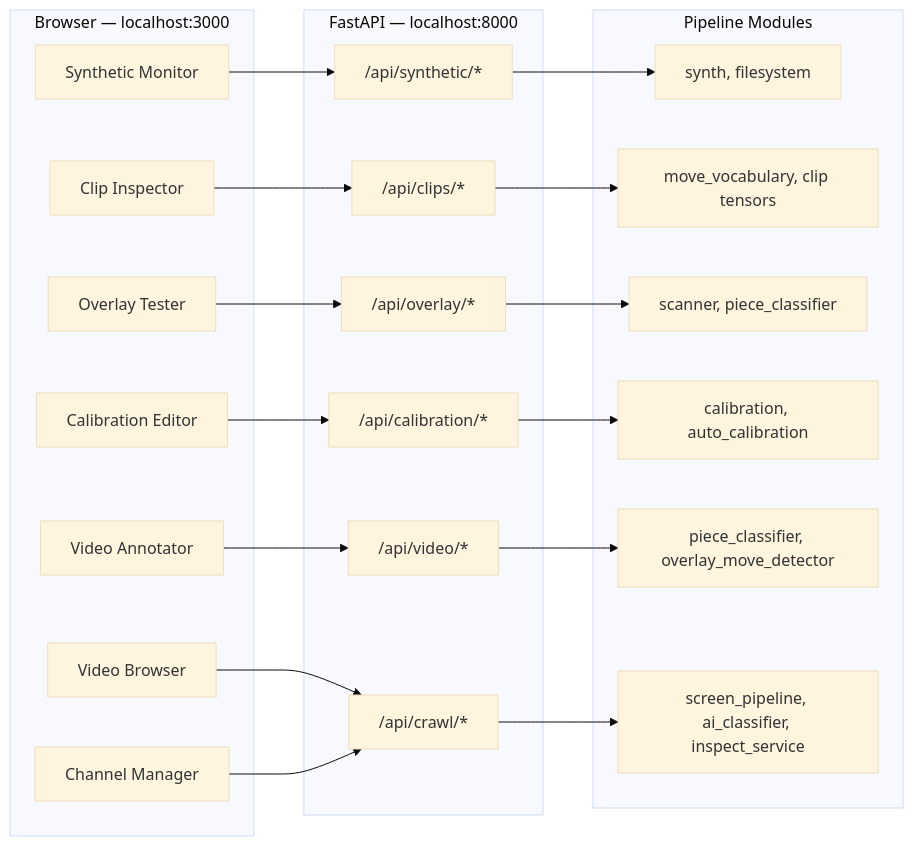
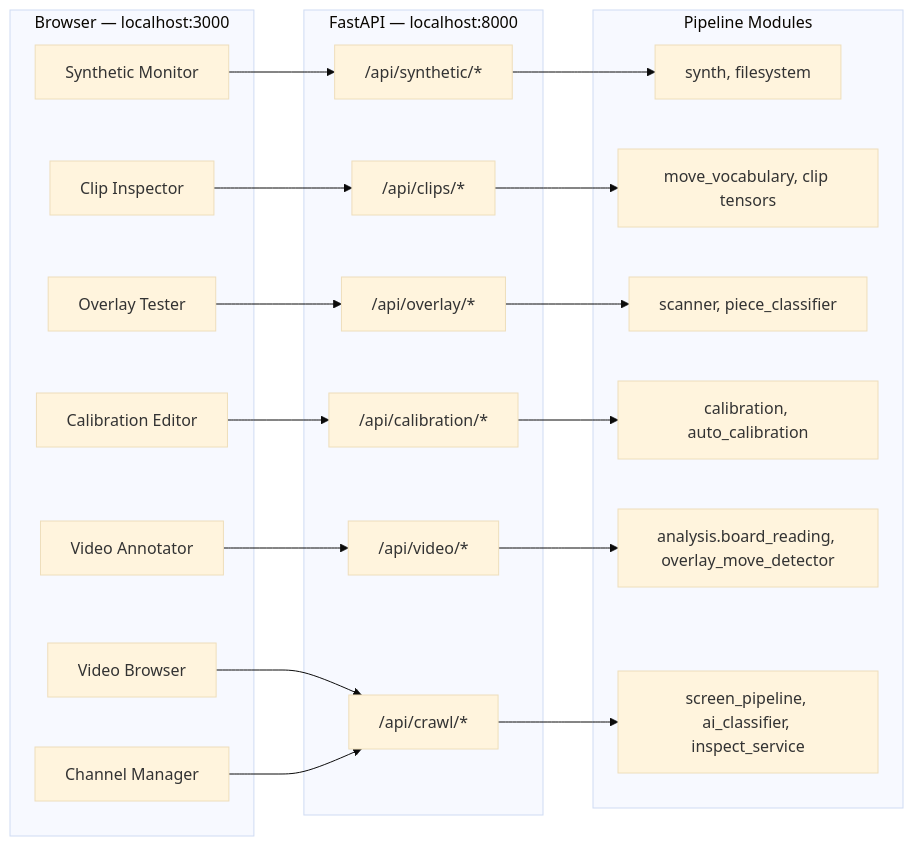
Before and after one commit to dscape/argus: the seventh of 9 diagrams in README.md, drawn with Mermaid (base theme). The commit also changed other lines of this file and 29 other files, not shown here.

````diff
--- a/README.md
+++ b/README.md
@@ -555,38 +581,38 @@
 ```mermaid
 graph LR
     subgraph "Browser — localhost:3000"
         SM[Synthetic Monitor]
         CI[Clip Inspector]
         OT[Overlay Tester]
         CE[Calibration Editor]
         VA[Video Annotator]
         VB[Video Browser]
         CM[Channel Manager]
     end
 
     subgraph "FastAPI — localhost:8000"
         R0["/api/synthetic/*"]
         R2["/api/clips/*"]
         R1["/api/overlay/*"]
         R3["/api/calibration/*"]
         R4["/api/video/*"]
         R5["/api/crawl/*"]
     end
 
     subgraph "Pipeline Modules"
         S0["synth, filesystem"]
         S2["move_vocabulary, clip tensors"]
         S1["scanner, piece_classifier"]
         S3["calibration, auto_calibration"]
-        S4["piece_classifier, overlay_move_detector"]
+        S4["analysis.board_reading, overlay_move_detector"]
         S5["screen_pipeline, ai_classifier, inspect_service"]
     end
 
     SM --> R0 --> S0
     CI --> R2 --> S2
     OT --> R1 --> S1
     CE --> R3 --> S3
     VA --> R4 --> S4
     VB --> R5 --> S5
     CM --> R5
 ```
````
